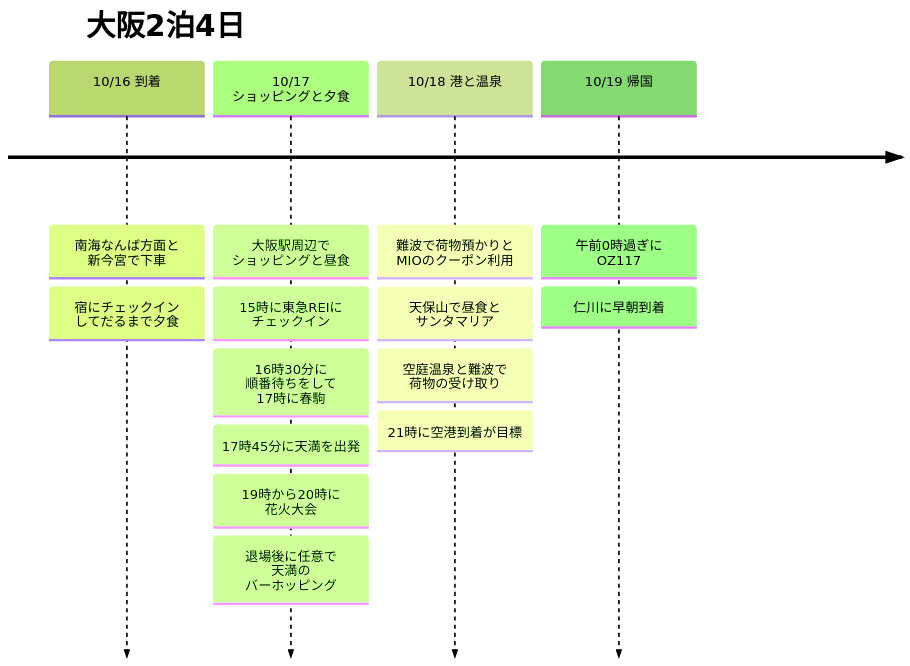
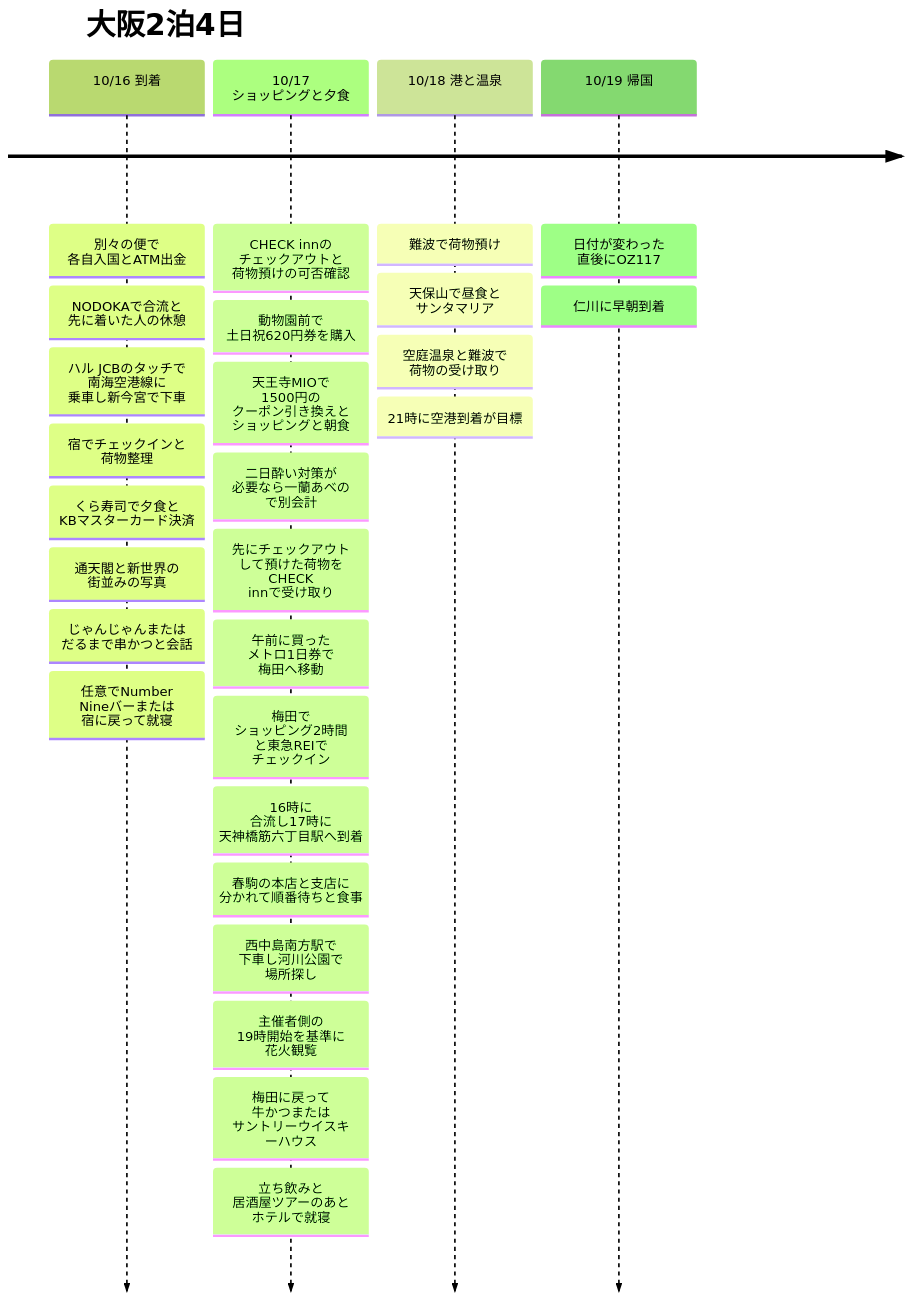
Before and after one commit to gongdongho12/commit-map: the diagram in src/content/postTranslations/2026-10-16-osaka-yodogawa-fireworks-ja.md, drawn with Mermaid (forest theme). The commit also changed other lines of this file and 3 other files, not shown here.

````diff
--- a/src/content/postTranslations/2026-10-16-osaka-yodogawa-fireworks-ja.md
+++ b/src/content/postTranslations/2026-10-16-osaka-yodogawa-fireworks-ja.md
@@ -91,18 +115,31 @@
 ```mermaid
 timeline
   title 大阪2泊4日
-  10/16 到着 : 南海なんば方面と<br>新今宮で下車
-              : 宿にチェックイン<br>してだるまで夕食
-  10/17 ショッピングと夕食 : 大阪駅周辺で<br>ショッピングと昼食
-                      : 15時に東急REIに<br>チェックイン
-                      : 16時30分に<br>順番待ちをして<br>17時に春駒
-                      : 17時45分に天満を出発
-                      : 19時から20時に<br>花火大会
-                      : 退場後に任意で<br>天満の<br>バーホッピング
-  10/18 港と温泉 : 難波で荷物預かりと<br>MIOのクーポン利用
+  10/16 到着 : 別々の便で<br>各自入国とATM出金
+              : NODOKAで合流と<br>先に着いた人の休憩
+              : ハル JCBのタッチで<br>南海空港線に<br>乗車し新今宮で下車
+              : 宿でチェックインと<br>荷物整理
+              : くら寿司で夕食と<br>KBマスターカード決済
+              : 通天閣と新世界の<br>街並みの写真
+              : じゃんじゃんまたは<br>だるまで串かつと会話
+              : 任意でNumber Nineバーまたは<br>宿に戻って就寝
+  10/17 ショッピングと夕食 : CHECK innの<br>チェックアウトと<br>荷物預けの可否確認
+                      : 動物園前で<br>土日祝620円券を購入
+                      : 天王寺MIOで<br>1500円の<br>クーポン引き換えと<br>ショッピングと朝食
+                      : 二日酔い対策が<br>必要なら一蘭あべの<br>で別会計
+                      : 先にチェックアウト<br>して預けた荷物を<br>CHECK innで受け取り
+                      : 午前に買った<br>メトロ1日券で<br>梅田へ移動
+                      : 梅田で<br>ショッピング2時間<br>と東急REIで<br>チェックイン
+                      : 16時に<br>合流し17時に<br>天神橋筋六丁目駅へ到着
+                      : 春駒の本店と支店に<br>分かれて順番待ちと食事
+                      : 西中島南方駅で<br>下車し河川公園で<br>場所探し
+                      : 主催者側の<br>19時開始を基準に<br>花火観覧
+                      : 梅田に戻って<br>牛かつまたは<br>サントリーウイスキ<br>ーハウス
+                      : 立ち飲みと<br>居酒屋ツアーのあと<br>ホテルで就寝
+  10/18 港と温泉 : 難波で荷物預け
                     : 天保山で昼食と<br>サンタマリア
                     : 空庭温泉と難波で<br>荷物の受け取り
                     : 21時に空港到着が目標
-  10/19 帰国 : 午前0時過ぎに<br>OZ117
+  10/19 帰国 : 日付が変わった<br>直後にOZ117
               : 仁川に早朝到着
 ```
````
